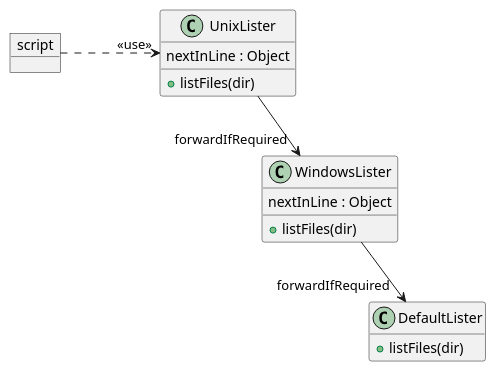
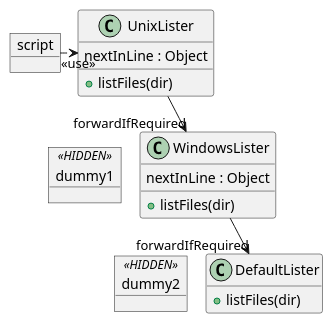
The diagram in src/spec/doc/_design-pattern-chain-of-responsibility.adoc (apache/groovy), drawn with PlantUML before and after one commit. The commit also changed 8 other files, not shown here.

Commit message:
GROOVY-11337: Bump asciidoctorj-diagram to 2.3.0

```diff
--- a/src/spec/doc/_design-pattern-chain-of-responsibility.adoc
+++ b/src/spec/doc/_design-pattern-chain-of-responsibility.adoc
@@ -39,25 +39,26 @@
 [plantuml, ChainOfResponsibilityClasses, png]
 ....
+!pragma layout smetana
 skinparam nodesep 100
 hide <<HIDDEN>>
 class UnixLister {
     nextInLine : Object
     +listFiles(dir)
 }
 object dummy1<<HIDDEN>>
 class WindowsLister {
     nextInLine : Object
     +listFiles(dir)
 }
 object dummy2<<HIDDEN>>
 class DefaultLister {
     +listFiles(dir)
 }
 hide DefaultLister fields
 object script
 script ..r..> "<<use>>" UnixLister
 UnixLister --> "forwardIfRequired" WindowsLister
 UnixLister <-[hidden]- dummy1
 WindowsLister <-[hidden]- dummy2
 WindowsLister --> "forwardIfRequired" DefaultLister
 ....
```
